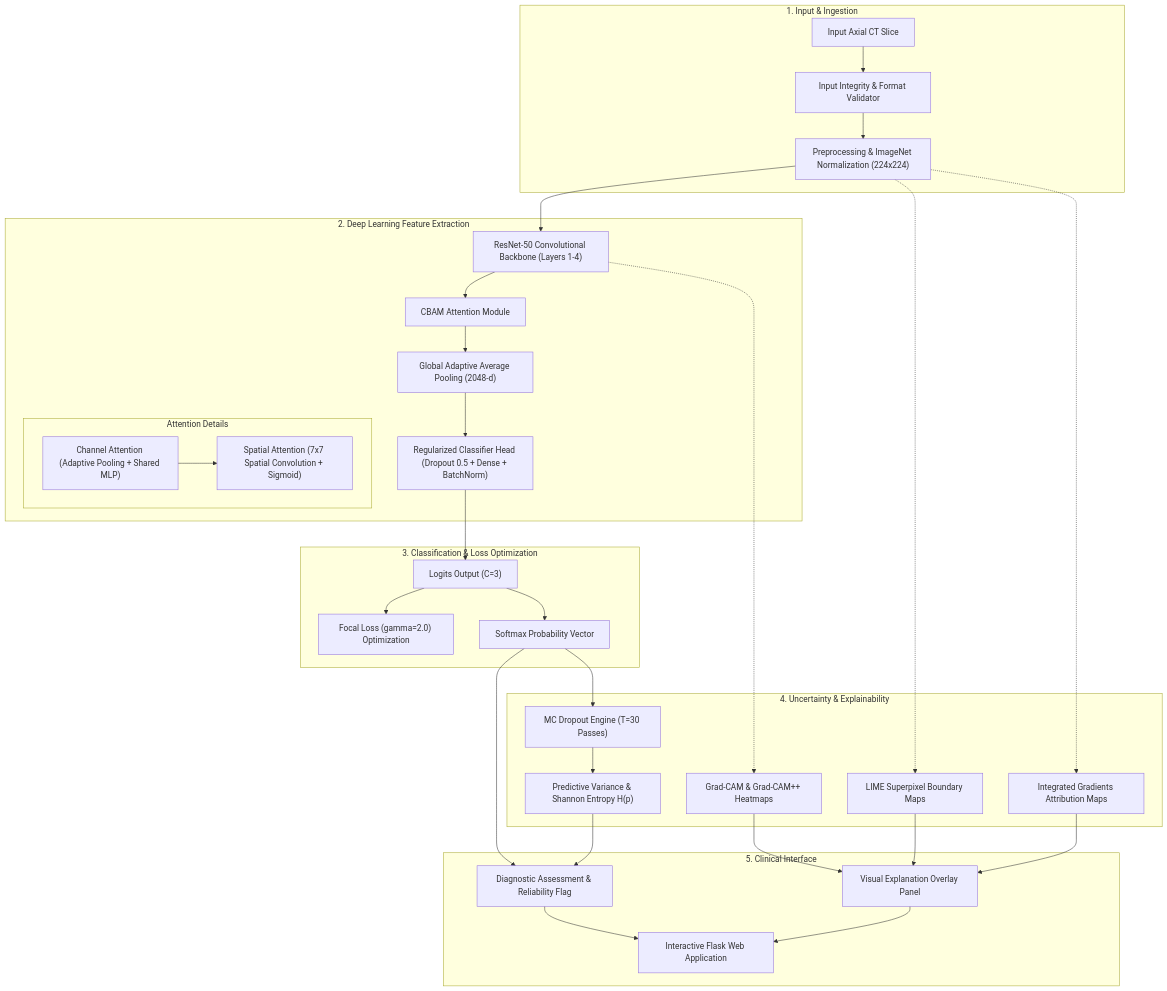
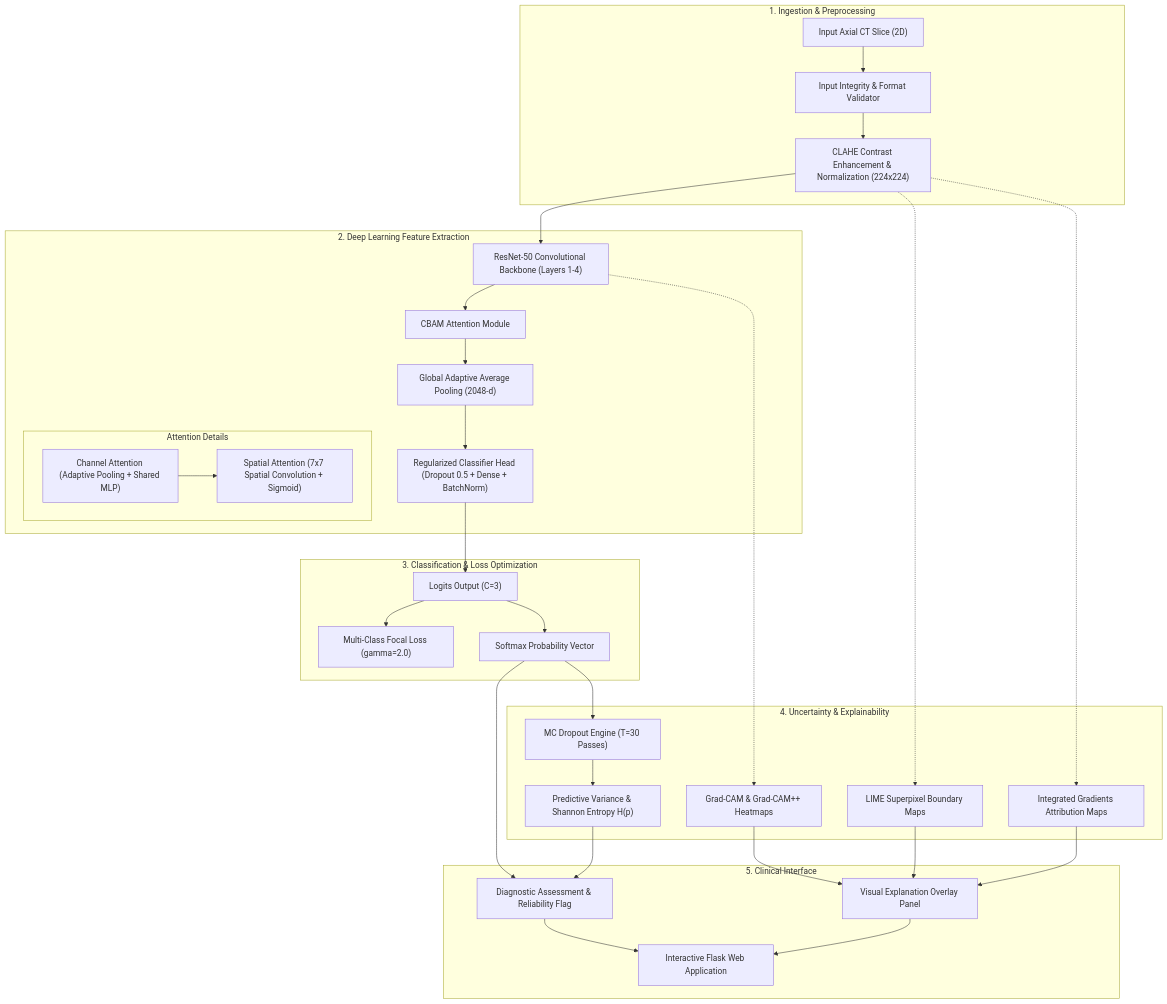
The diagram in README.md (Shaiikarif/lung-cancer-detection-xai), drawn with Mermaid before and after one commit. The commit also changed other lines of this file and 32 other files, not shown here.

````diff
--- a/README.md
+++ b/README.md
@@ -65,38 +68,38 @@
 ```mermaid
 flowchart TD
-    subgraph Stage1["1. Input & Ingestion"]
-        A["Input Axial CT Slice"] --> B["Input Integrity & Format Validator"]
-        B --> C["Preprocessing & ImageNet Normalization (224x224)"]
+    subgraph Stage1["1. Ingestion & Preprocessing"]
+        A["Input Axial CT Slice (2D)"] --> B["Input Integrity & Format Validator"]
+        B --> C["CLAHE Contrast Enhancement & Normalization (224x224)"]
     end
 
     subgraph Stage2["2. Deep Learning Feature Extraction"]
         C --> D["ResNet-50 Convolutional Backbone (Layers 1-4)"]
         D --> E["CBAM Attention Module"]
         subgraph AttentionDetails["Attention Details"]
             E1["Channel Attention (Adaptive Pooling + Shared MLP)"]
             --> E2["Spatial Attention (7x7 Spatial Convolution + Sigmoid)"]
         end
         E --> F["Global Adaptive Average Pooling (2048-d)"]
         F --> G["Regularized Classifier Head (Dropout 0.5 + Dense + BatchNorm)"]
     end
 
     subgraph Stage3["3. Classification & Loss Optimization"]
         G --> H["Logits Output (C=3)"]
-        H --> I["Focal Loss (gamma=2.0) Optimization"]
+        H --> I["Multi-Class Focal Loss (gamma=2.0)"]
         H --> J["Softmax Probability Vector"]
     end
 
     subgraph Stage4["4. Uncertainty & Explainability"]
         J --> K["MC Dropout Engine (T=30 Passes)"]
         K --> L["Predictive Variance & Shannon Entropy H(p)"]
         D -.-> M["Grad-CAM & Grad-CAM++ Heatmaps"]
         C -.-> N["LIME Superpixel Boundary Maps"]
         C -.-> O["Integrated Gradients Attribution Maps"]
     end
 
     subgraph Stage5["5. Clinical Interface"]
         J & L --> P["Diagnostic Assessment & Reliability Flag"]
         M & N & O --> Q["Visual Explanation Overlay Panel"]
         P & Q --> R["Interactive Flask Web Application"]
     end
 ```
````
